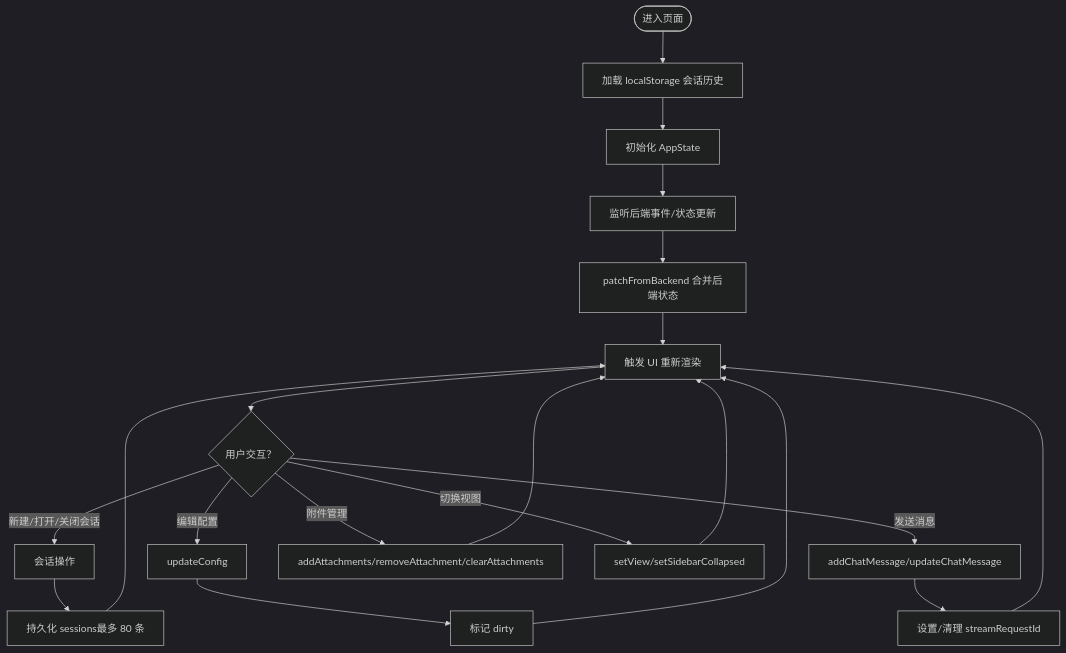
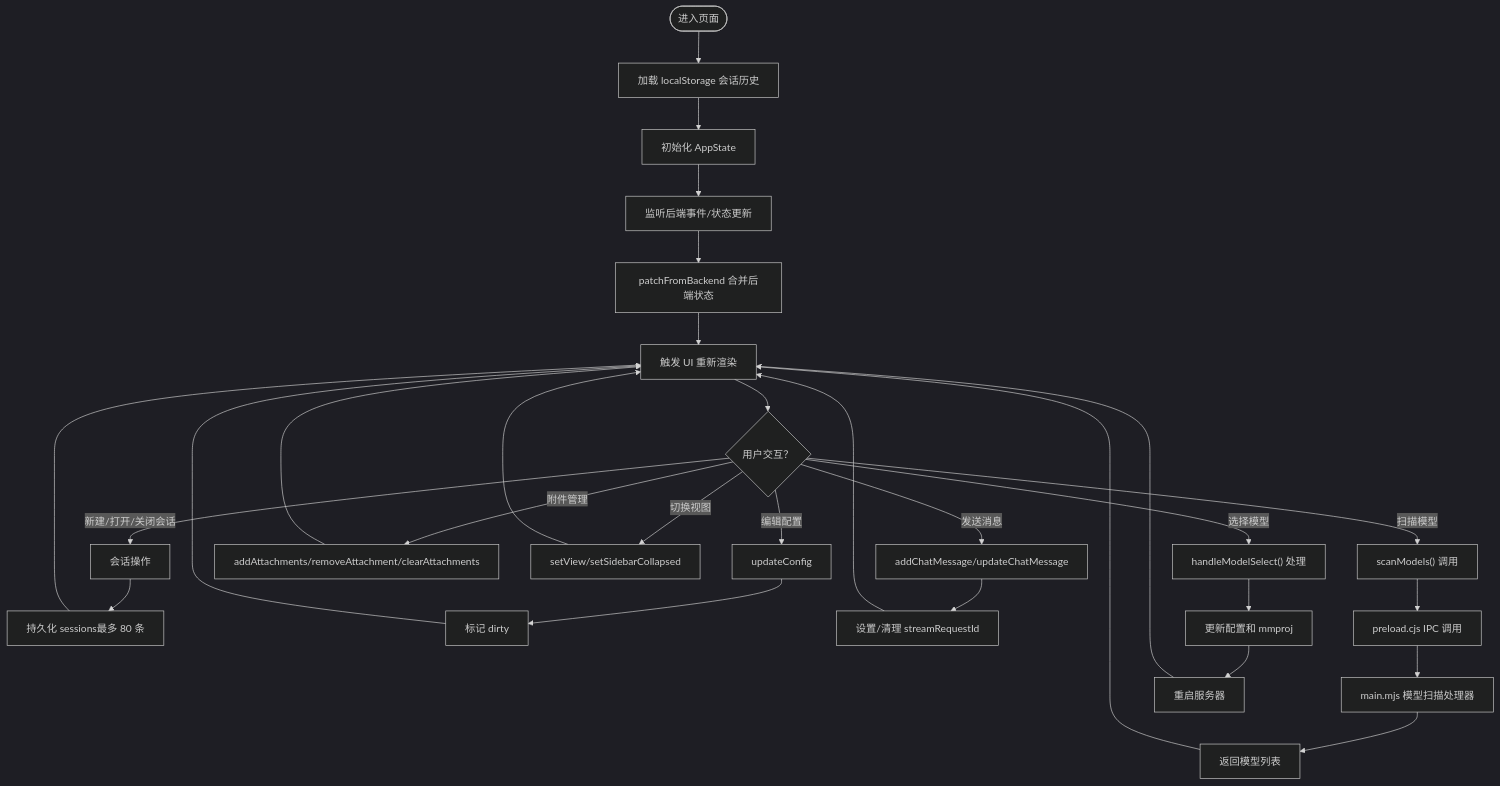
The fourth of 5 diagrams in .qoder/repowiki/zh/content/数据模型.md (linkin770/illama-cpp-desktop), drawn with Mermaid (dark theme) before and after one commit. The commit also changed other lines of this file and 23 other files, not shown here.

````diff
--- a/.qoder/repowiki/zh/content/数据模型.md
+++ b/.qoder/repowiki/zh/content/数据模型.md
@@ -376,22 +462,31 @@
 ```mermaid
 flowchart TD
 Start(["进入页面"]) --> Load["加载 localStorage 会话历史"]
 Load --> InitState["初始化 AppState"]
 InitState --> Listen["监听后端事件/状态更新"]
 Listen --> Patch["patchFromBackend 合并后端状态"]
 Patch --> Render["触发 UI 重新渲染"]
 Render --> Interact{"用户交互？"}
 Interact --> |新建/打开/关闭会话| SessionOps["会话操作"]
 Interact --> |编辑配置| UpdateCfg["updateConfig"]
 Interact --> |发送消息| AddMsg["addChatMessage/updateChatMessage"]
 Interact --> |附件管理| AttachOps["addAttachments/removeAttachment/clearAttachments"]
 Interact --> |切换视图| ViewOps["setView/setSidebarCollapsed"]
+Interact --> |扫描模型| ScanModels["scanModels() 调用"]
+Interact --> |选择模型| ModelSelect["handleModelSelect() 处理"]
 SessionOps --> Persist["持久化 sessions最多 80 条"]
 UpdateCfg --> Dirty["标记 dirty"]
 AddMsg --> StreamReq["设置/清理 streamRequestId"]
 AttachOps --> Render
 ViewOps --> Render
+ScanModels --> Preload["preload.cjs IPC 调用"]
+Preload --> MainProc["main.mjs 模型扫描处理器"]
+MainProc --> Result["返回模型列表"]
+Result --> Render
+ModelSelect --> UpdateConfig["更新配置和 mmproj"]
+UpdateConfig --> RestartServer["重启服务器"]
+RestartServer --> Render
 Persist --> Render
 Dirty --> Render
 StreamReq --> Render
 ```
````
